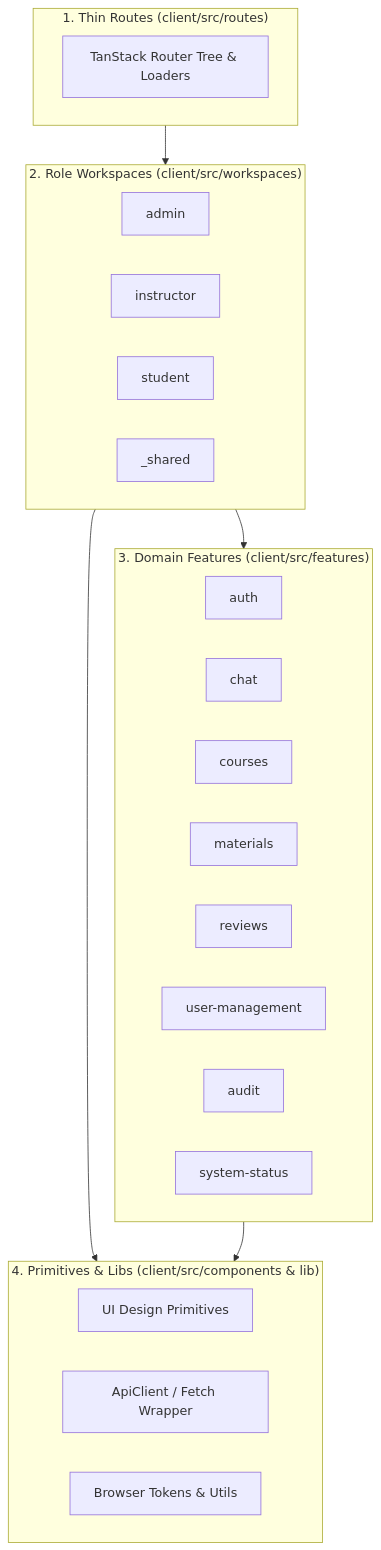
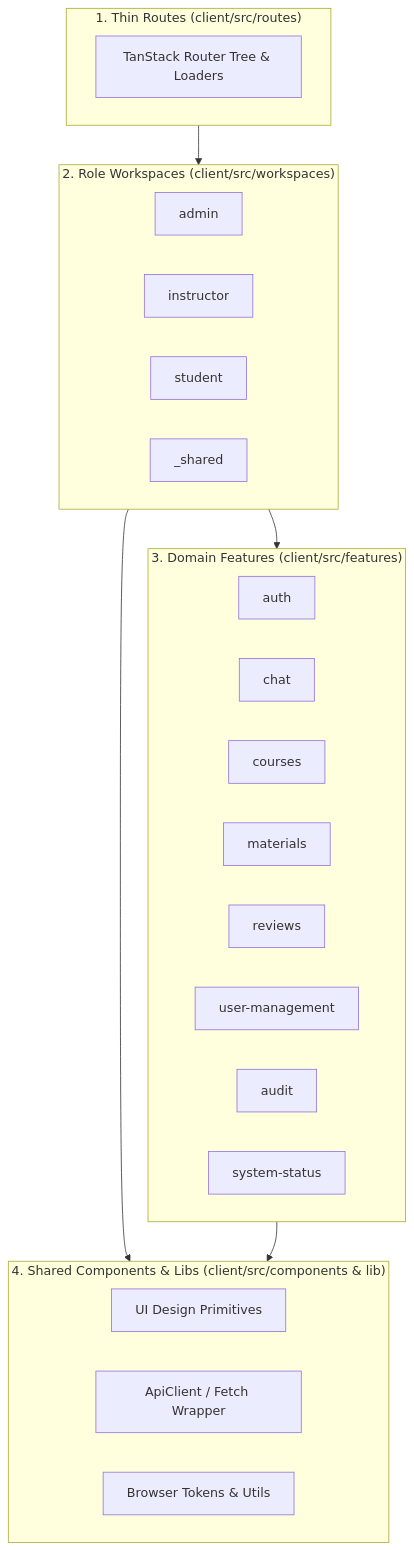
Before and after one commit to MahmoudAhmed184/Morshid: the first of 3 diagrams in docs/developer-guide/04-frontend-architecture.md, drawn with Mermaid. The commit also changed other lines of this file and 19 other files, not shown here.

````diff
--- a/docs/developer-guide/04-frontend-architecture.md
+++ b/docs/developer-guide/04-frontend-architecture.md
@@ -11,35 +11,35 @@
 ```mermaid
 graph TD
     subgraph Tier1["1. Thin Routes (client/src/routes)"]
         R[TanStack Router Tree & Loaders]
     end
 
     subgraph Tier2["2. Role Workspaces (client/src/workspaces)"]
         W1[admin]
         W2[instructor]
         W3[student]
         W4[_shared]
     end
 
     subgraph Tier3["3. Domain Features (client/src/features)"]
         F1[auth]
         F2[chat]
         F3[courses]
         F4[materials]
         F5[reviews]
         F6[user-management]
         F7[audit]
         F8[system-status]
     end
 
-    subgraph Tier4["4. Primitives & Libs (client/src/components & lib)"]
+    subgraph Tier4["4. Shared Components & Libs (client/src/components & lib)"]
         P1[UI Design Primitives]
         P2[ApiClient / Fetch Wrapper]
         P3[Browser Tokens & Utils]
     end
 
     Tier1 --> Tier2
     Tier2 --> Tier3
     Tier2 --> Tier4
     Tier3 --> Tier4
 ```
````
